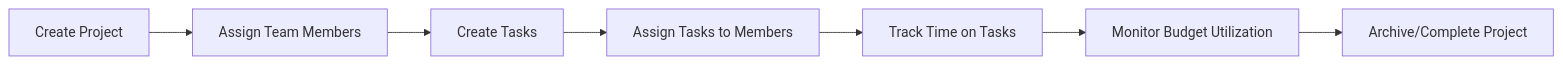
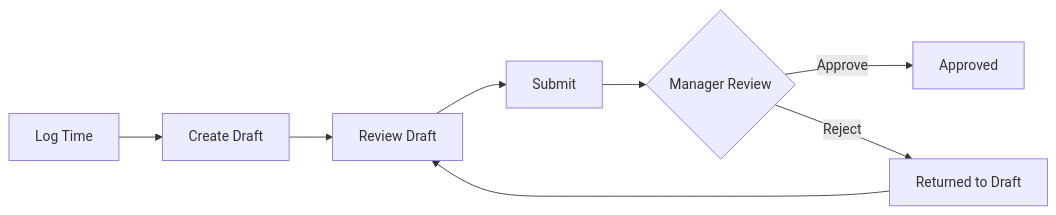
Before and after one commit to wrtnlabs/autobe-examples: the ninth of 10 diagrams in z-ai/glm-5/erp/docs/analysis/03-functional-requirements.md, drawn with Mermaid. The commit also changed other lines of this file and 3761 other files, not shown here.

````diff
--- a/z-ai/glm-5/erp/docs/analysis/03-functional-requirements.md
+++ b/z-ai/glm-5/erp/docs/analysis/03-functional-requirements.md
@@ -3017,9 +2198,10 @@
 ```mermaid
 flowchart LR
-    A["Create Project"] --> B["Assign Team Members"]
-    B --> C["Create Tasks"]
-    C --> D["Assign Tasks to Members"]
-    D --> E["Track Time on Tasks"]
-    E --> F["Monitor Budget Utilization"]
-    F --> G["Archive/Complete Project"]
+    A["Log Time"] --> B["Create Draft"]
+    B --> C["Review Draft"]
+    C --> D["Submit"]
+    D --> E{"Manager Review"}
+    E -->|"Approve"| F["Approved"]
+    E -->|"Reject"| G["Returned to Draft"]
+    G --> C
 ```
````
